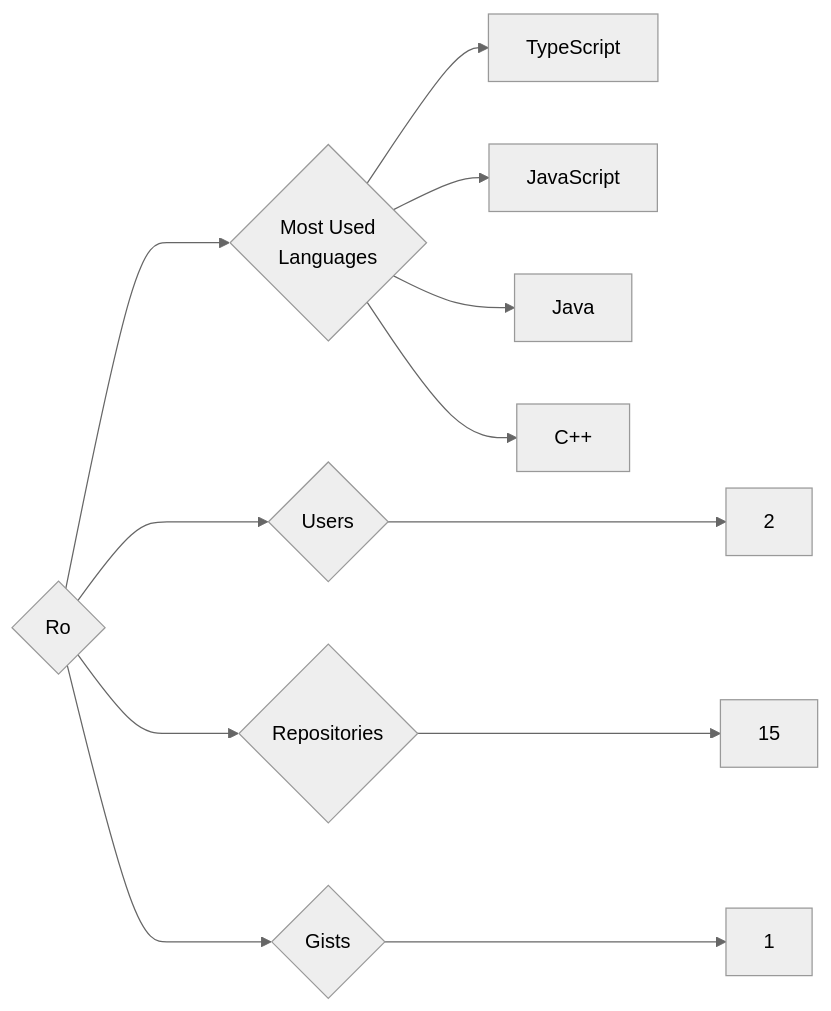
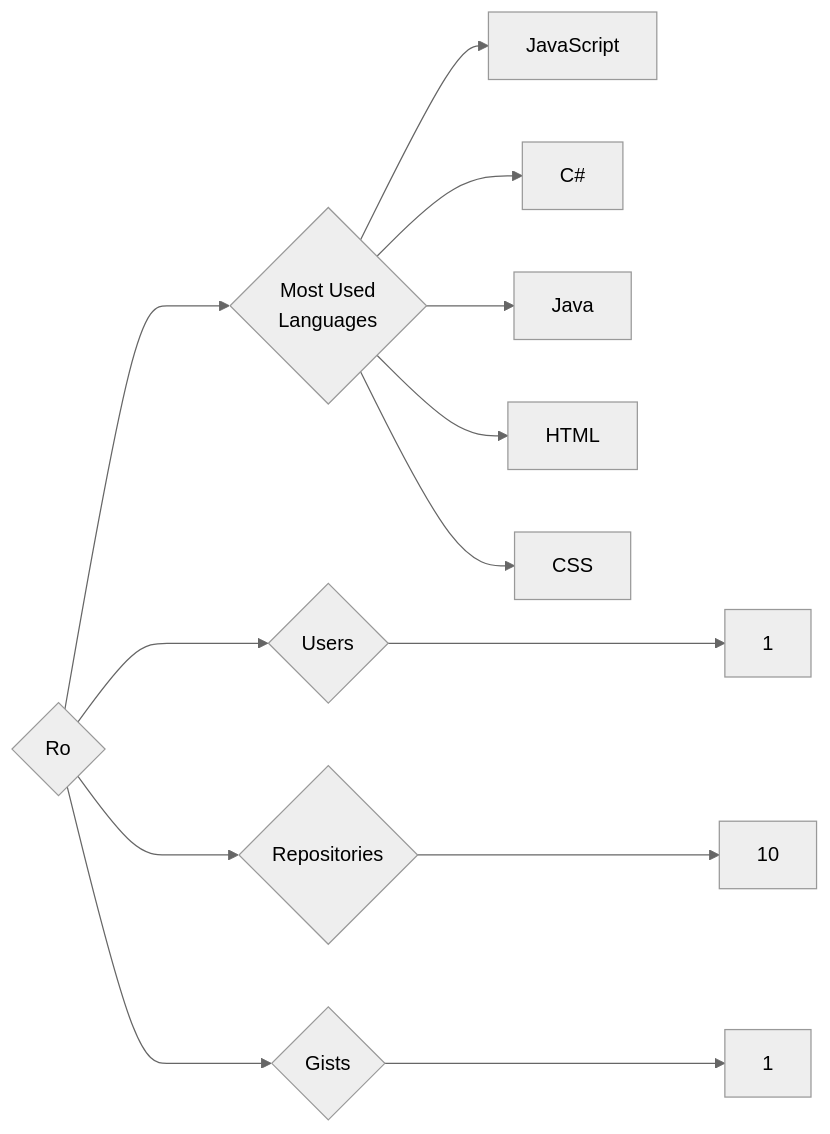
The diagram in targets/Ro/README.md (trickest/insiders), drawn with Mermaid (neutral theme) before and after one commit. The commit also changed 773 other files, not shown here.

````diff
--- a/targets/Ro/README.md
+++ b/targets/Ro/README.md
@@ -3,12 +3,13 @@
 ```mermaid
 graph LR
 COMPANY_NAME{Ro}
-COMPANY_NAME ---> U{Users} ---> UN[2]
-COMPANY_NAME ---> R{Repositories} ---> RN[15]
+COMPANY_NAME ---> U{Users} ---> UN[1]
+COMPANY_NAME ---> R{Repositories} ---> RN[10]
 COMPANY_NAME ---> G{Gists} ---> GN[1]
 COMPANY_NAME ---> ML{Most Used<br>Languages}
-ML --> TypeScript[TypeScript]
 ML --> JavaScript[JavaScript]
+ML --> C#[C#]
 ML --> Java[Java]
-ML --> C++[C++]
+ML --> HTML[HTML]
+ML --> CSS[CSS]
 ```
````
